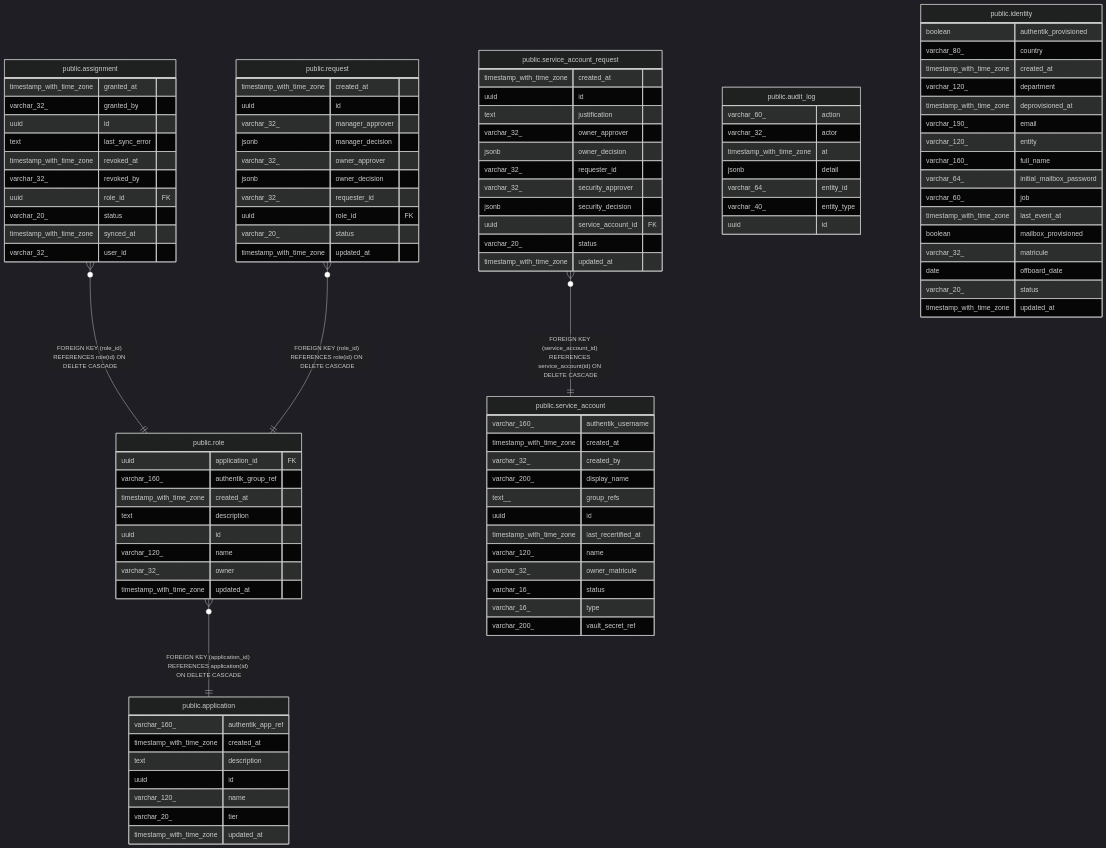
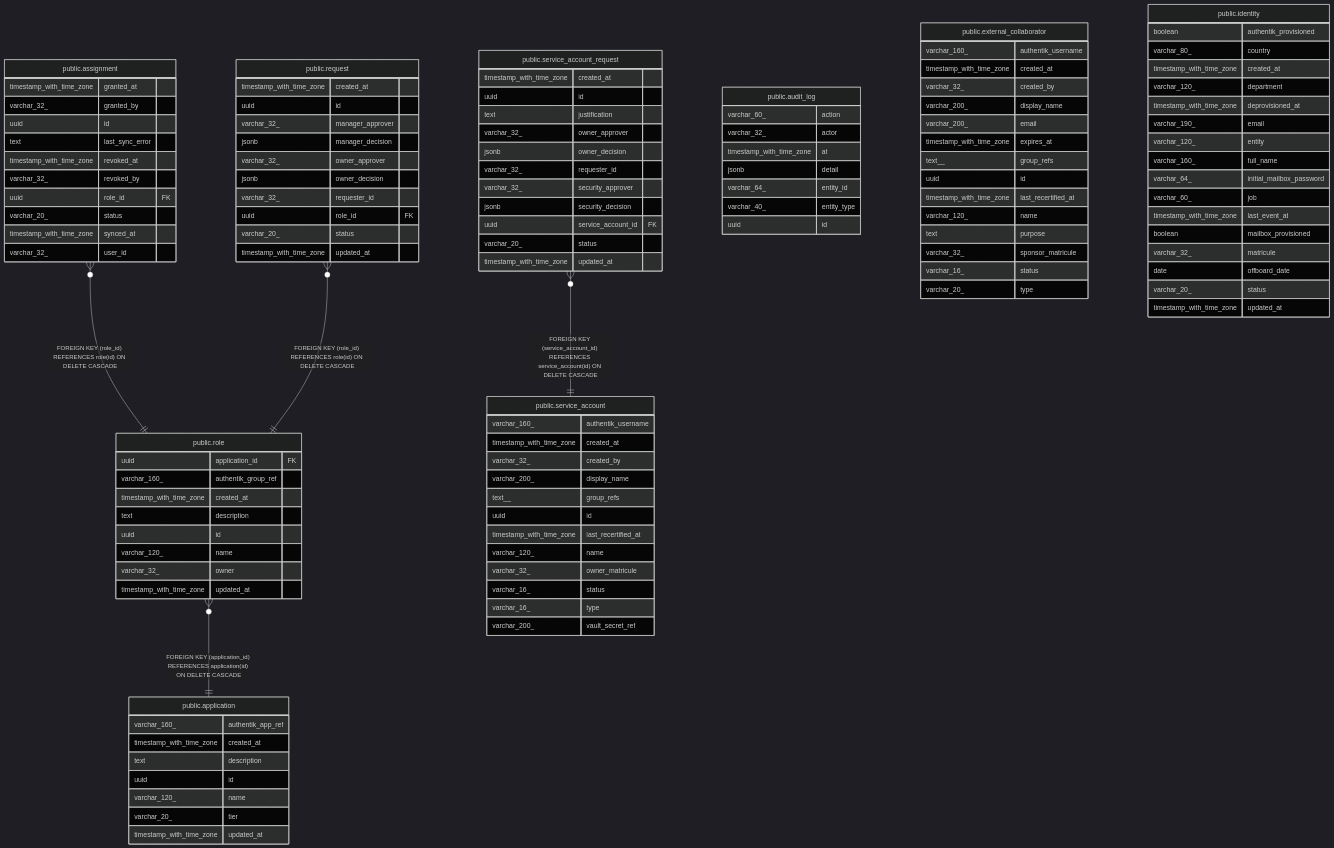
The diagram in backend/docs/data-model/README.md (andrelair-platform/ktayl-iam), drawn with Mermaid (dark theme) before and after one commit. The commit also changed other lines of this file and 10 other files, not shown here.

First line of the commit message:
feat(iga): IGA-07 governance gate (ADR-009) + S025 external-collaborator entity

```diff
--- a/backend/docs/data-model/README.md
+++ b/backend/docs/data-model/README.md
@@ -52,6 +53,22 @@
   varchar_64_ entity_id
   varchar_40_ entity_type
   uuid id
+}
+"public.external_collaborator" {
+  varchar_160_ authentik_username
+  timestamp_with_time_zone created_at
+  varchar_32_ created_by
+  varchar_200_ display_name
+  varchar_200_ email
+  timestamp_with_time_zone expires_at
+  text__ group_refs
+  uuid id
+  timestamp_with_time_zone last_recertified_at
+  varchar_120_ name
+  text purpose
+  varchar_32_ sponsor_matricule
+  varchar_16_ status
+  varchar_20_ type
 }
 "public.identity" {
   boolean authentik_provisioned
```
